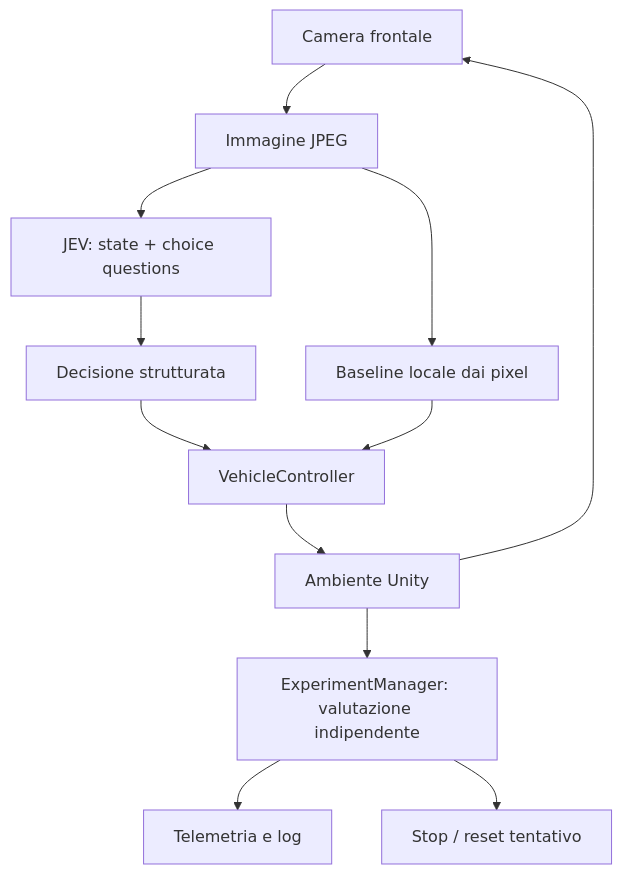
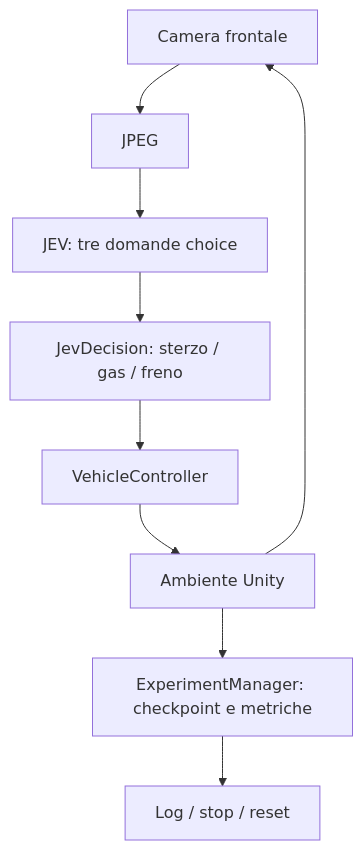
One commit to palermoalfio94/JevVision changed the diagram in My project/README.md. Above: the diagram before and after it, drawn with Mermaid. The commit also changed other lines of this file and 95 other files, not shown here.

````diff
--- a/My project/README.md
+++ b/My project/README.md
@@ -73,14 +71,11 @@
 ```mermaid
 flowchart TD
-    A[Camera frontale] --> B[Immagine JPEG]
-    B --> C[JEV: state + choice questions]
-    C --> D[Decisione strutturata]
+    A[Camera frontale] --> B[JPEG]
+    B --> C[JEV: tre domande choice]
+    C --> D[JevDecision: sterzo / gas / freno]
     D --> E[VehicleController]
     E --> F[Ambiente Unity]
     F --> A
-    B --> G[Baseline locale dai pixel]
-    G --> E
-    F --> H[ExperimentManager: valutazione indipendente]
-    H --> I[Telemetria e log]
-    H --> J[Stop / reset tentativo]
+    F --> G[ExperimentManager: checkpoint e metriche]
+    G --> H[Log / stop / reset]
 ```
````
